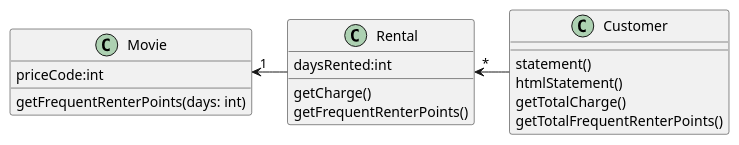
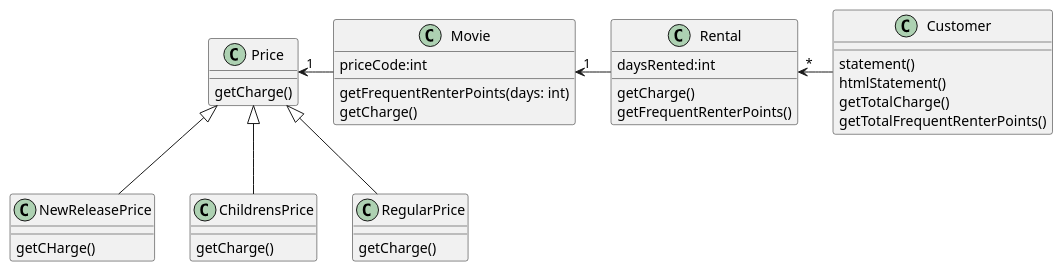
The second of 3 diagrams in docs/src/refacotring.md (k2works/etude_for_java), drawn with PlantUML before and after one commit. The commit also changed other lines of this file and 4 other files, not shown here.

````diff
--- a/docs/src/refacotring.md
+++ b/docs/src/refacotring.md
@@ -45,19 +46,36 @@
 ```puml
+class NewReleasePrice {
+    getCHarge()
+}
+class ChildrensPrice {
+    getCharge()
+}
+class RegularPrice {
+    getCharge()
+}
+class Price {
+    getCharge()
+}
 class Movie {
   priceCode:int
   getFrequentRenterPoints(days: int)
+  getCharge()
 }
 class Rental {
   daysRented:int
   getCharge()
   getFrequentRenterPoints()
 }
 class Customer {
   statement()
   htmlStatement()
   getTotalCharge()
   getTotalFrequentRenterPoints()
 }
+Price <|-- NewReleasePrice
+Price <|-- ChildrensPrice
+Price <|-- RegularPrice
+Price "1"<- Movie
 Movie "1"<- Rental
 Rental "*"<- Customer
 ```
````
